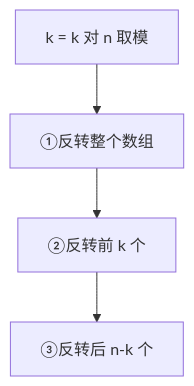
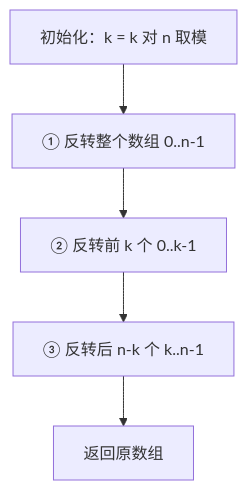
Before and after one commit to OctalZero/hot100-py: the first of 2 diagrams in 05-普通数组/0189-轮转数组.md, drawn with Mermaid. The commit also changed other lines of this file and 117 other files, not shown here.

First line of the commit message:
feat: 全题解配图升级为「动画式 mermaid」（总览骨架 + 横向时间线逐步推演）

````diff
--- a/05-普通数组/0189-轮转数组.md
+++ b/05-普通数组/0189-轮转数组.md
@@ -22,6 +22,7 @@
 ```mermaid
 flowchart TD
-    A["k = k 对 n 取模"] --> B["①反转整个数组"]
-    B --> C["②反转前 k 个"]
-    C --> D["③反转后 n-k 个"]
+    A["初始化：k = k 对 n 取模"] --> B["① 反转整个数组 0..n-1"]
+    B --> C["② 反转前 k 个 0..k-1"]
+    C --> D["③ 反转后 n-k 个 k..n-1"]
+    D --> E["返回原数组"]
 ```
````
